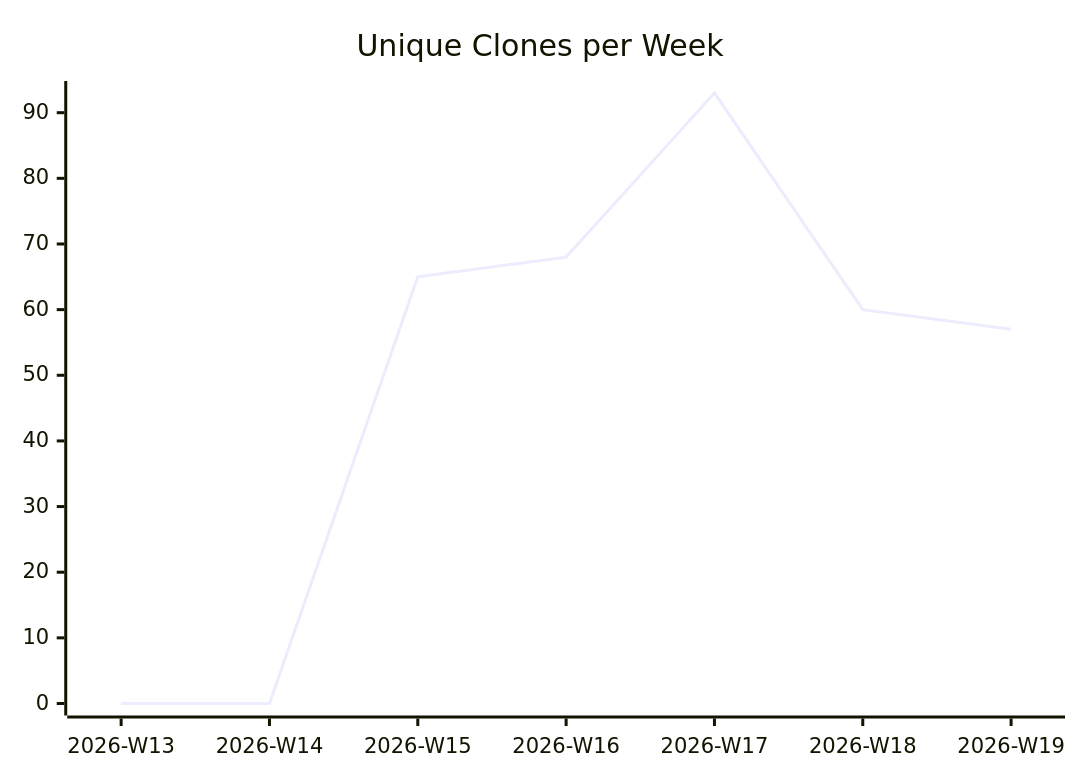
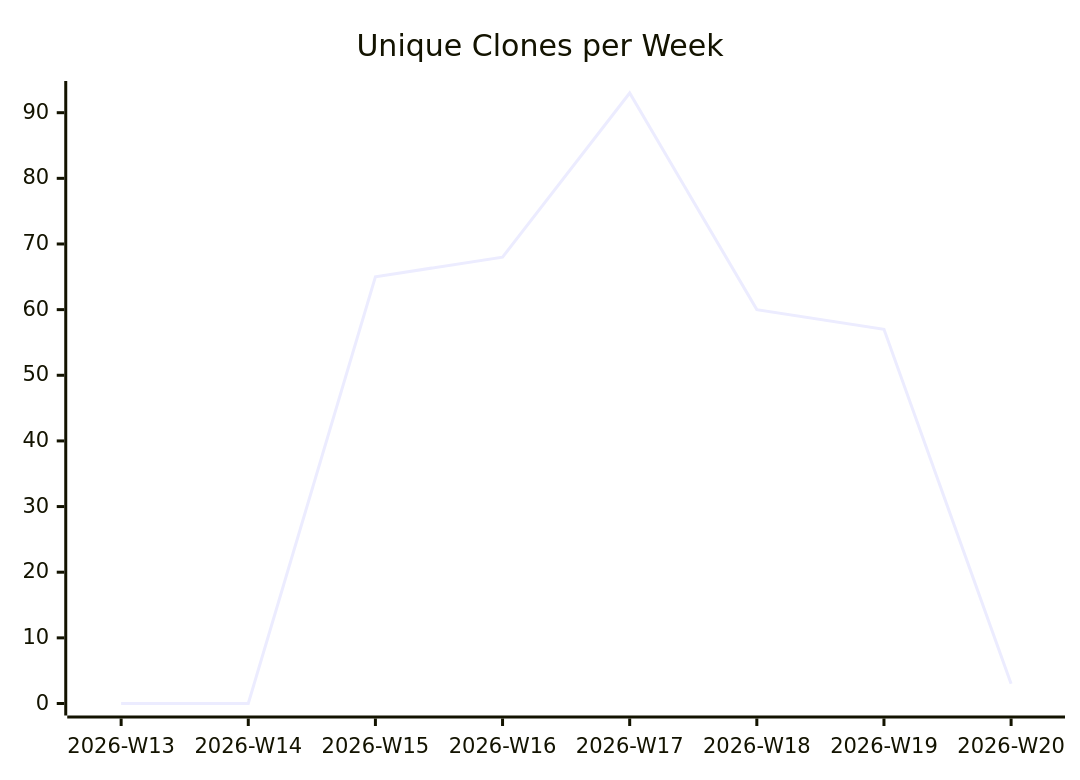
One commit to justdavis-family/github-analytics-data changed the third of 3 diagrams in justdavis-family/github-analytics-data/README.md. Above: the diagram before and after it, drawn with Mermaid. The commit also changed other lines of this file and 176 other files, not shown here.

````diff
--- a/justdavis-family/github-analytics-data/README.md
+++ b/justdavis-family/github-analytics-data/README.md
@@ -19,6 +19,6 @@
 ```mermaid
 xychart-beta
   title "Unique Clones per Week"
-  x-axis ["2026-W13", "2026-W14", "2026-W15", "2026-W16", "2026-W17", "2026-W18", "2026-W19"]
-  line [0, 0, 65, 68, 93, 60, 57]
+  x-axis ["2026-W13", "2026-W14", "2026-W15", "2026-W16", "2026-W17", "2026-W18", "2026-W19", "2026-W20"]
+  line [0, 0, 65, 68, 93, 60, 57, 3]
 ```
````
